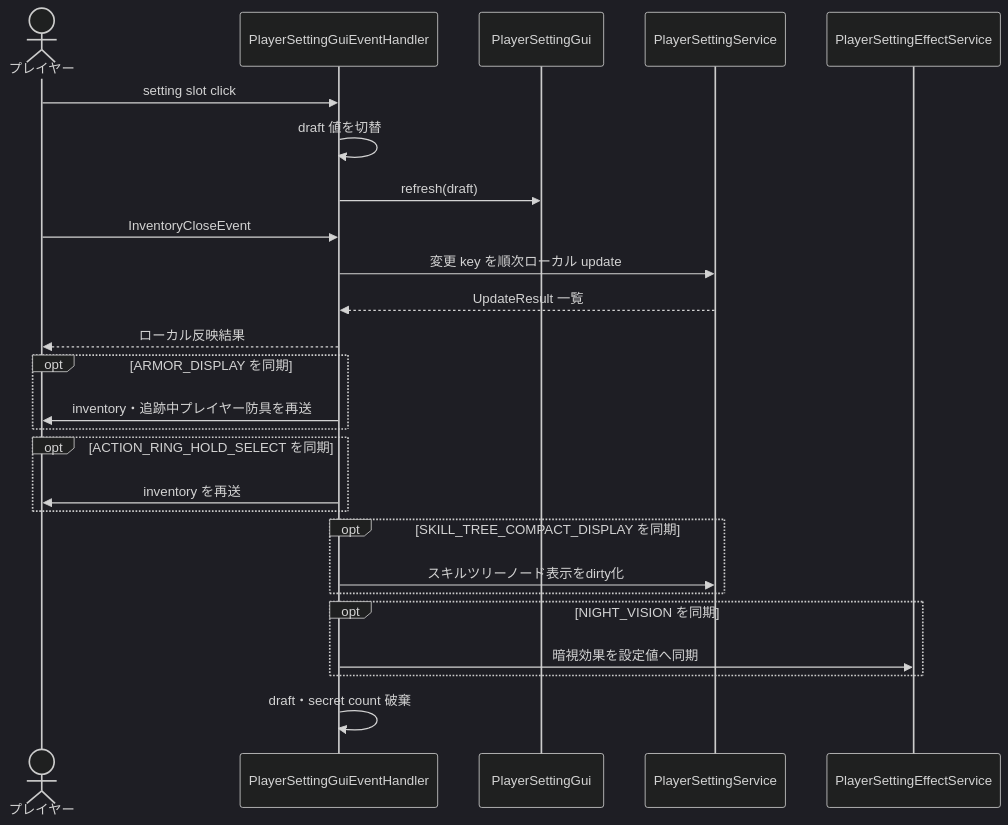
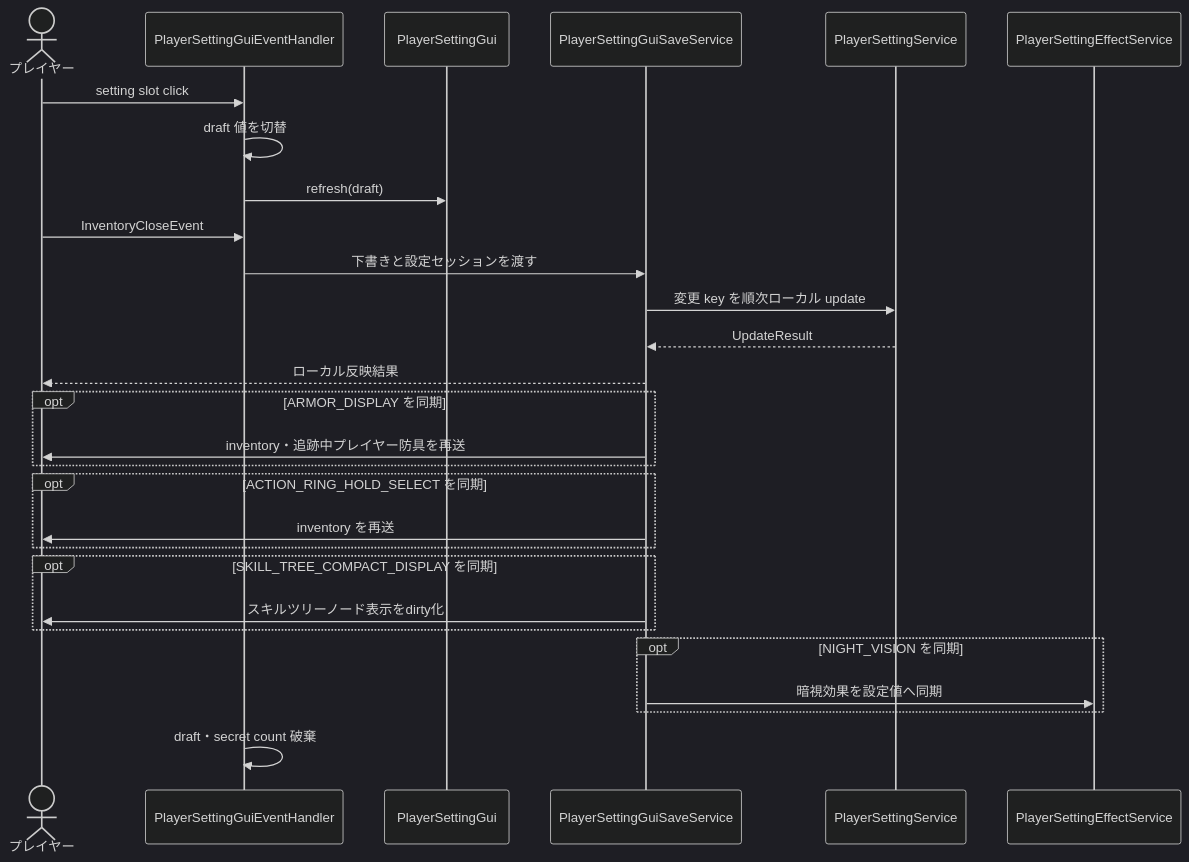
One commit to maaasu/AstralRecord-Workspace changed the third of 3 diagrams in 00_docs/10_Plugin設計書/feature/11-player-setting/11_4-統合フロー.md. Above: the diagram before and after it, drawn with Mermaid (dark theme). The commit also changed other lines of this file and 17 other files, not shown here.

````diff
--- a/00_docs/10_Plugin設計書/feature/11-player-setting/11_4-統合フロー.md
+++ b/00_docs/10_Plugin設計書/feature/11-player-setting/11_4-統合フロー.md
@@ -88,29 +88,31 @@
 ```mermaid
 sequenceDiagram
     actor Player as プレイヤー
     participant Event as PlayerSettingGuiEventHandler
     participant Gui as PlayerSettingGui
+    participant Save as PlayerSettingGuiSaveService
     participant Service as PlayerSettingService
     participant Effect as PlayerSettingEffectService
 
     Player->>Event: setting slot click
     Event->>Event: draft 値を切替
     Event->>Gui: refresh(draft)
     Player->>Event: InventoryCloseEvent
-    Event->>Service: 変更 key を順次ローカル update
-    Service-->>Event: UpdateResult 一覧
-    Event-->>Player: ローカル反映結果
+    Event->>Save: 下書きと設定セッションを渡す
+    Save->>Service: 変更 key を順次ローカル update
+    Service-->>Save: UpdateResult
+    Save-->>Player: ローカル反映結果
     opt ARMOR_DISPLAY を同期
-        Event->>Player: inventory・追跡中プレイヤー防具を再送
+        Save->>Player: inventory・追跡中プレイヤー防具を再送
     end
     opt ACTION_RING_HOLD_SELECT を同期
-        Event->>Player: inventory を再送
+        Save->>Player: inventory を再送
     end
     opt SKILL_TREE_COMPACT_DISPLAY を同期
-        Event->>Service: スキルツリーノード表示をdirty化
+        Save->>Player: スキルツリーノード表示をdirty化
     end
     opt NIGHT_VISION を同期
-        Event->>Effect: 暗視効果を設定値へ同期
+        Save->>Effect: 暗視効果を設定値へ同期
     end
     Event->>Event: draft・secret count 破棄
 ```
````
